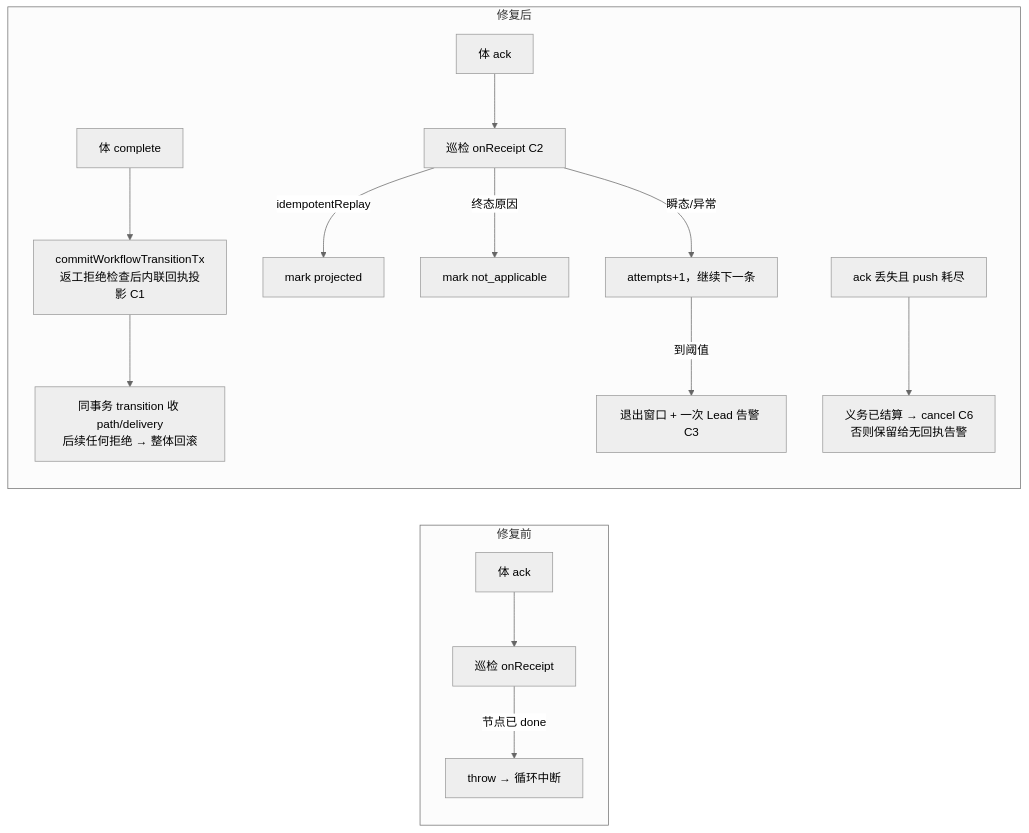
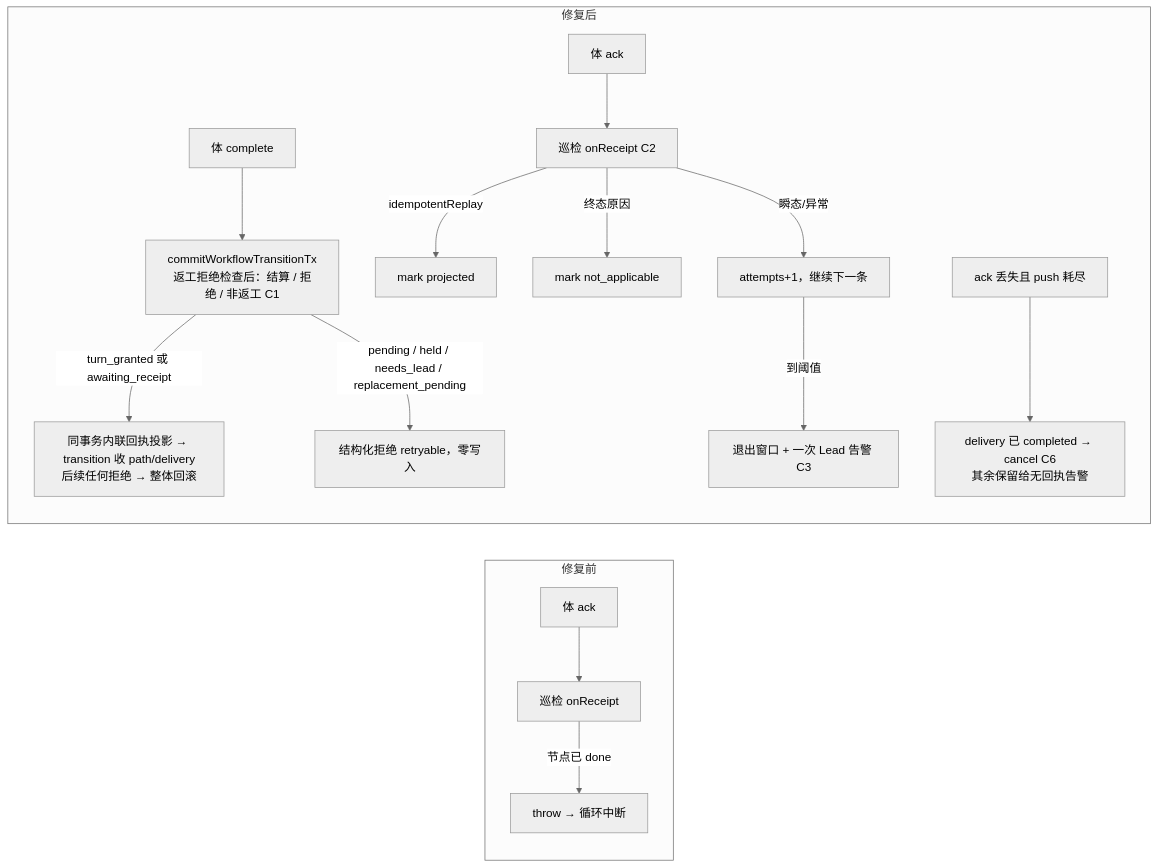
Before and after one commit to xrliAnnie/flywheel-qa-sandbox: the diagram in engineering/doc/FLY-2828-rework-receipt-projection/plan.md, drawn with Mermaid (neutral theme). The commit also changed other lines of this file, not shown here.

````diff
--- a/engineering/doc/FLY-2828-rework-receipt-projection/plan.md
+++ b/engineering/doc/FLY-2828-rework-receipt-projection/plan.md
@@ -30,17 +31,18 @@
 ```mermaid
 flowchart LR
     subgraph before[修复前]
         A1[体 ack] --> B1[巡检 onReceipt]
         B1 -->|节点已 done| C1[throw → 循环中断]
     end
     subgraph after[修复后]
-        A2[体 complete] --> D2[commitWorkflowTransitionTx<br/>返工拒绝检查后内联回执投影 C1]
-        D2 --> E2[同事务 transition 收 path/delivery<br/>后续任何拒绝 → 整体回滚]
+        A2[体 complete] --> D2[commitWorkflowTransitionTx<br/>返工拒绝检查后：结算 / 拒绝 / 非返工 C1]
+        D2 -->|turn_granted 或 awaiting_receipt| E2[同事务内联回执投影 → transition 收 path/delivery<br/>后续任何拒绝 → 整体回滚]
+        D2 -->|pending / held / needs_lead / replacement_pending| R2[结构化拒绝 retryable，零写入]
         A3[体 ack] --> B2[巡检 onReceipt C2]
         B2 -->|idempotentReplay| F2[mark projected]
         B2 -->|终态原因| G2[mark not_applicable]
         B2 -->|瞬态/异常| H2[attempts+1，继续下一条]
         H2 -->|到阈值| I2[退出窗口 + 一次 Lead 告警 C3]
-        A4[ack 丢失且 push 耗尽] --> J2[义务已结算 → cancel C6<br/>否则保留给无回执告警]
+        A4[ack 丢失且 push 耗尽] --> J2[delivery 已 completed → cancel C6<br/>其余保留给无回执告警]
     end
 ```
````
